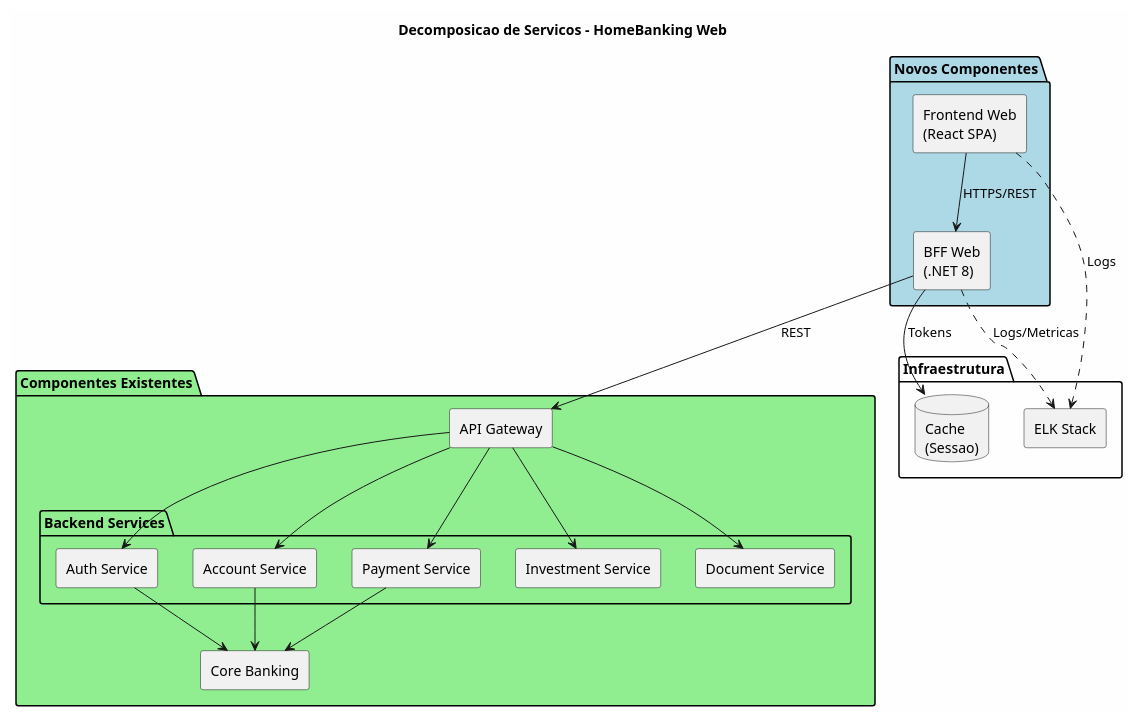
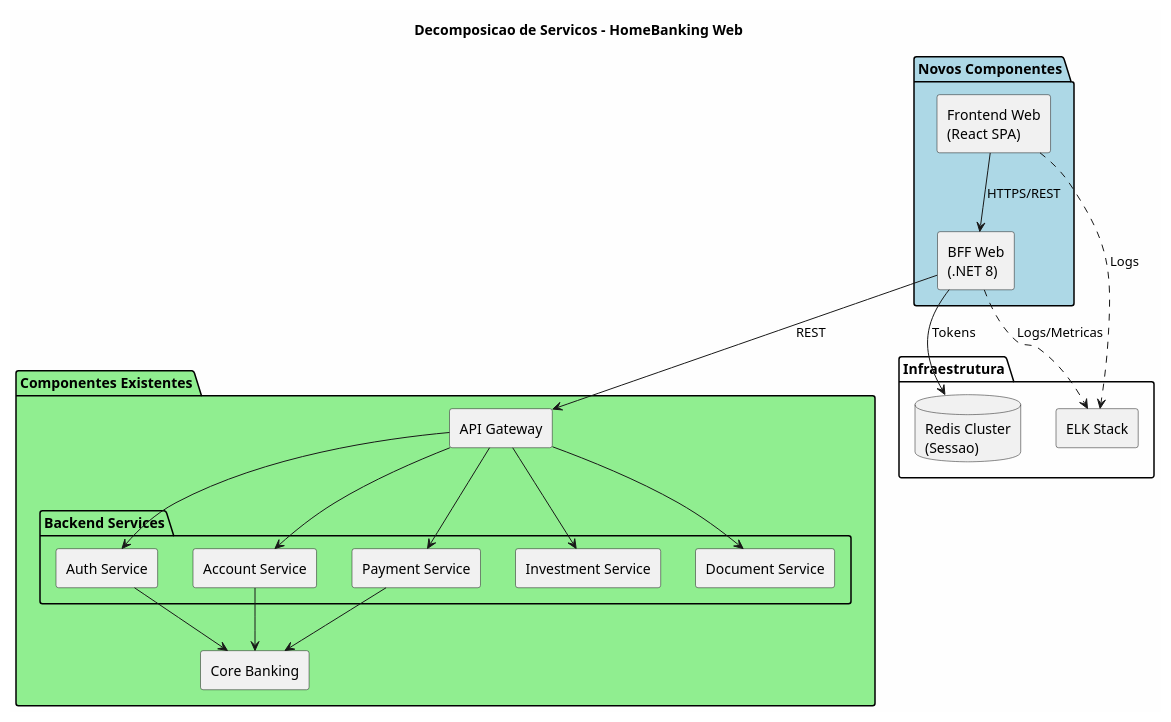
Before and after one commit to beduardo/novobanco_website_doc: the first of 4 diagrams in current/sections/SEC-05-arquitetura-backend-servicos.md, drawn with PlantUML. The commit also changed 17 other files, not shown here.

````diff
--- a/current/sections/SEC-05-arquitetura-backend-servicos.md
+++ b/current/sections/SEC-05-arquitetura-backend-servicos.md
@@ -29,48 +29,48 @@
 ```plantuml
 @startuml
 skinparam backgroundColor #FEFEFE
 skinparam componentStyle rectangle
 
 title Decomposicao de Servicos - HomeBanking Web
 
 package "Novos Componentes" #LightBlue {
     [Frontend Web\n(React SPA)] as FE
     [BFF Web\n(.NET 8)] as BFF
 }
 
 package "Componentes Existentes" #LightGreen {
     [API Gateway] as APIGW
 
     package "Backend Services" {
         [Auth Service] as AUTH
         [Account Service] as ACCOUNT
         [Payment Service] as PAYMENT
         [Investment Service] as INVEST
         [Document Service] as DOC
     }
 
     [Core Banking] as CORE
 }
 
 package "Infraestrutura" {
     [ELK Stack] as ELK
-    database "Cache\n(Sessao)" as CACHE
+    database "Redis Cluster\n(Sessao)" as CACHE
 }
 
 FE --> BFF : HTTPS/REST
 BFF --> APIGW : REST
 BFF --> CACHE : Tokens
 APIGW --> AUTH
 APIGW --> ACCOUNT
 APIGW --> PAYMENT
 APIGW --> INVEST
 APIGW --> DOC
 AUTH --> CORE
 ACCOUNT --> CORE
 PAYMENT --> CORE
 
 FE ..> ELK : Logs
 BFF ..> ELK : Logs/Metricas
 
 @enduml
 ```
````
